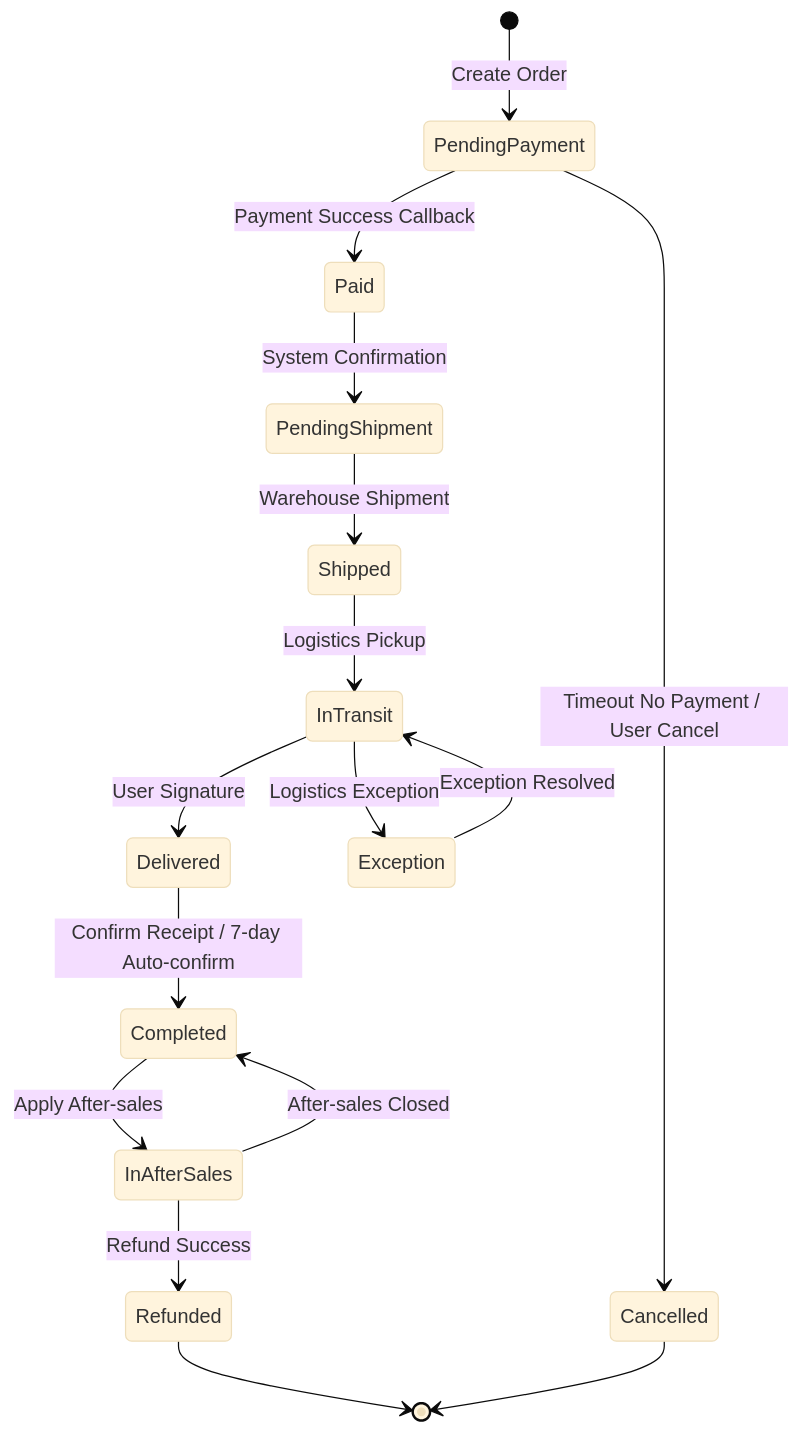
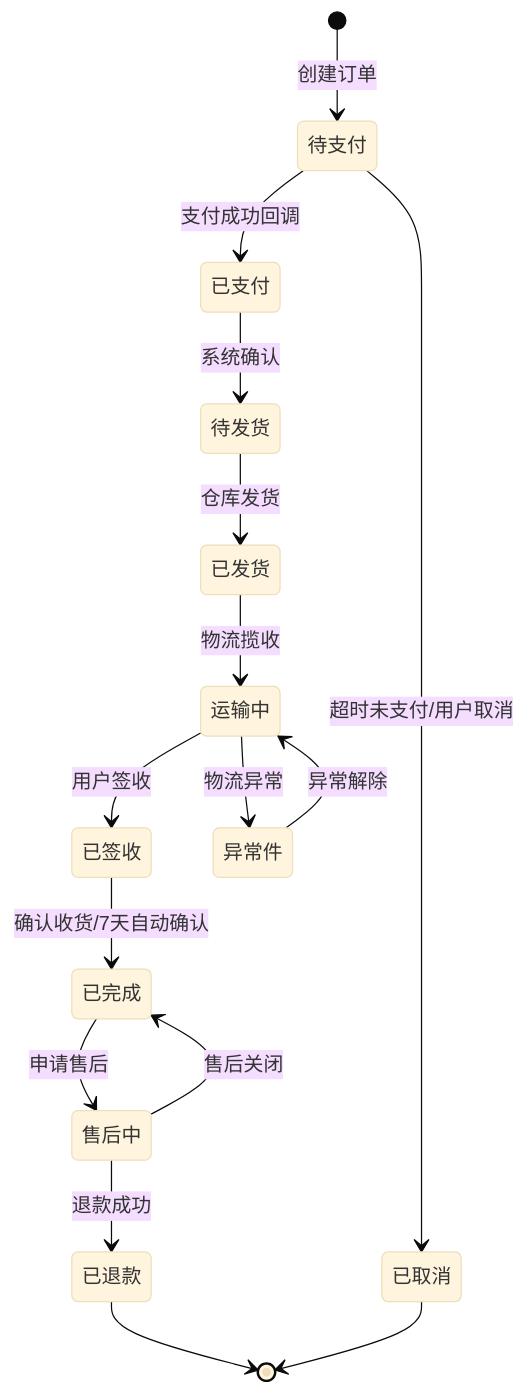
Before and after one commit to Kirky-X/cangjie: the ninth of 12 diagrams in templates/Product/Product/Template-PRD.md, drawn with Mermaid (base theme). The commit also changed other lines of this file and 33 other files, not shown here.

````diff
--- a/templates/Product/Product/Template-PRD.md
+++ b/templates/Product/Product/Template-PRD.md
@@ -461,18 +461,18 @@
 ```mermaid
 stateDiagram-v2
-    [*] --> PendingPayment: Create Order
-    PendingPayment --> Paid: Payment Success Callback
-    PendingPayment --> Cancelled: Timeout No Payment / User Cancel
-    Paid --> PendingShipment: System Confirmation
-    PendingShipment --> Shipped: Warehouse Shipment
-    Shipped --> InTransit: Logistics Pickup
-    InTransit --> Delivered: User Signature
-    InTransit --> Exception: Logistics Exception
-    Exception --> InTransit: Exception Resolved
-    Delivered --> Completed: Confirm Receipt / 7-day Auto-confirm
-    Completed --> InAfterSales: Apply After-sales
-    InAfterSales --> Completed: After-sales Closed
-    InAfterSales --> Refunded: Refund Success
-    Refunded --> [*]
-    Cancelled --> [*]
+    [*] --> 待支付: 创建订单
+    待支付 --> 已支付: 支付成功回调
+    待支付 --> 已取消: 超时未支付/用户取消
+    已支付 --> 待发货: 系统确认
+    待发货 --> 已发货: 仓库发货
+    已发货 --> 运输中: 物流揽收
+    运输中 --> 已签收: 用户签收
+    运输中 --> 异常件: 物流异常
+    异常件 --> 运输中: 异常解除
+    已签收 --> 已完成: 确认收货/7天自动确认
+    已完成 --> 售后中: 申请售后
+    售后中 --> 已完成: 售后关闭
+    售后中 --> 已退款: 退款成功
+    已退款 --> [*]
+    已取消 --> [*]
 ```
````
